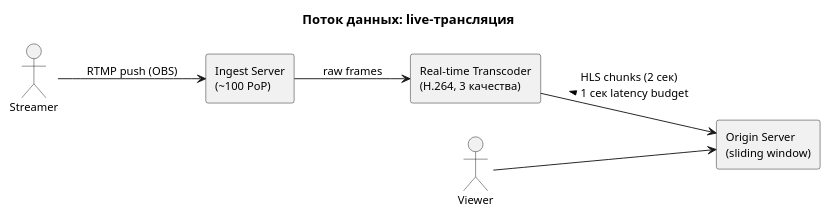
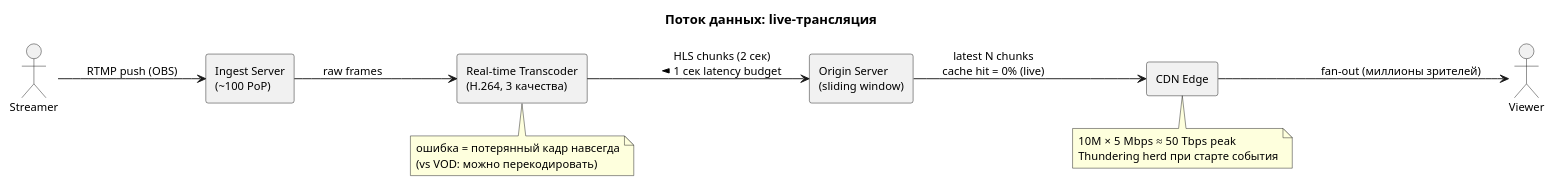
The diagram in hw_01/solution/diagrams/seq-live-stream.puml (grahovsky/otus-systemdesign-homework), drawn with PlantUML before and after one commit. The commit also changed 2 other files, not shown here.

Commit message:
2.4 схема

```diff
--- a/hw_01/solution/diagrams/seq-live-stream.puml
+++ b/hw_01/solution/diagrams/seq-live-stream.puml
@@ -1,19 +1,30 @@
 @startuml seq-live-stream
 title Поток данных: live-трансляция
 
 left to right direction
 skinparam defaultFontSize 12
 
 actor Streamer as streamer
 rectangle "Ingest Server\n(~100 PoP)" as ingest
 rectangle "Real-time Transcoder\n(H.264, 3 качества)" as transcode
 rectangle "Origin Server\n(sliding window)" as origin
+rectangle "CDN Edge" as cdn
 actor Viewer as viewer
 
 streamer  --> ingest    : RTMP push (OBS)
 ingest    --> transcode : raw frames
 transcode --> origin    : HLS chunks (2 сек)\n< 1 сек latency budget
+origin    --> cdn       : latest N chunks\ncache hit = 0% (live)
+cdn       --> viewer    : fan-out (миллионы зрителей)
 
-viewer --> origin
+note bottom of cdn
+  10M × 5 Mbps ≈ 50 Tbps peak
+  Thundering herd при старте события
+end note
+
+note bottom of transcode
+  ошибка = потерянный кадр навсегда
+  (vs VOD: можно перекодировать)
+end note
 
 @enduml
```
